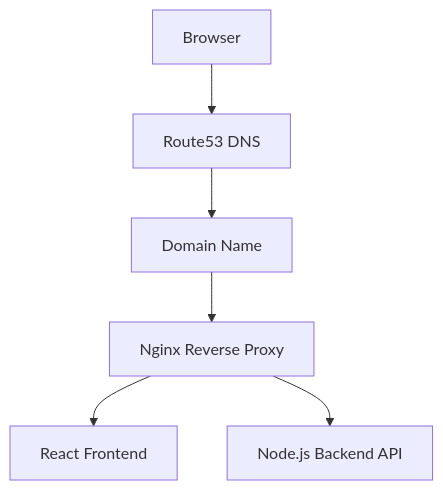
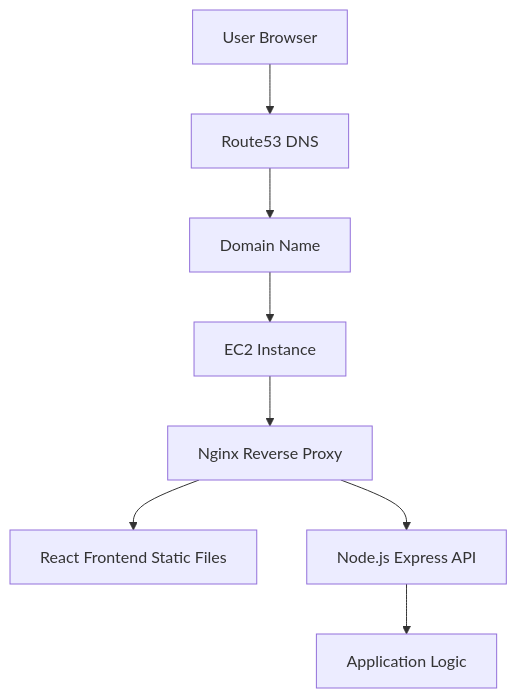
The diagram in README.md (esthy2/aws-node-react-deployment), drawn with Mermaid before and after one commit.

Commit message:
Revise architecture diagram in README
Updated architecture diagram to reflect changes in components and flow.

````diff
--- a/README.md
+++ b/README.md
@@ -38,8 +38,14 @@
 ```mermaid
-graph TD
-    A[Browser] --> B[Route53 DNS]
+flowchart TD
+    A[User Browser] --> B[Route53 DNS]
     B --> C[Domain Name]
-    C --> D[Nginx Reverse Proxy]
-    D --> E[React Frontend]
-    D --> F[Node.js Backend API]
+
+    C --> D[EC2 Instance]
+
+    D --> E[Nginx Reverse Proxy]
+
+    E --> F[React Frontend Static Files]
+    E --> G[Node.js Express API]
+
+    G --> H[Application Logic]
 ```
````
